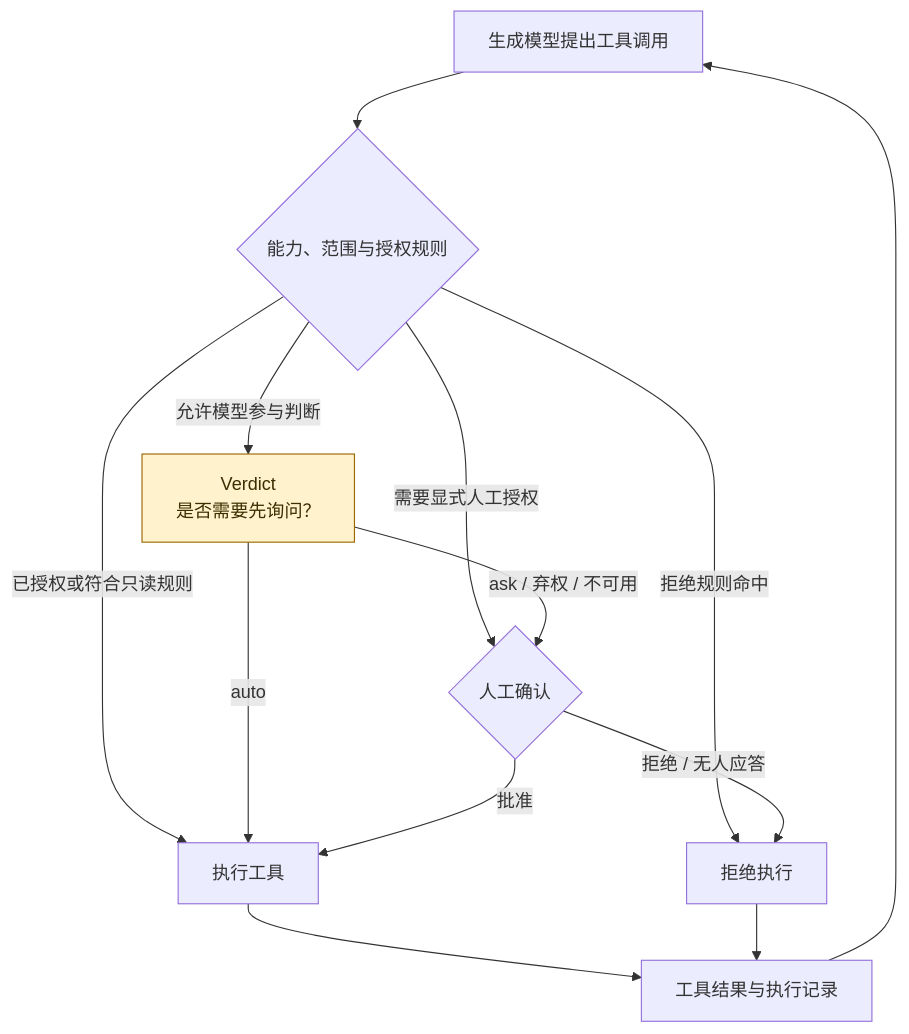
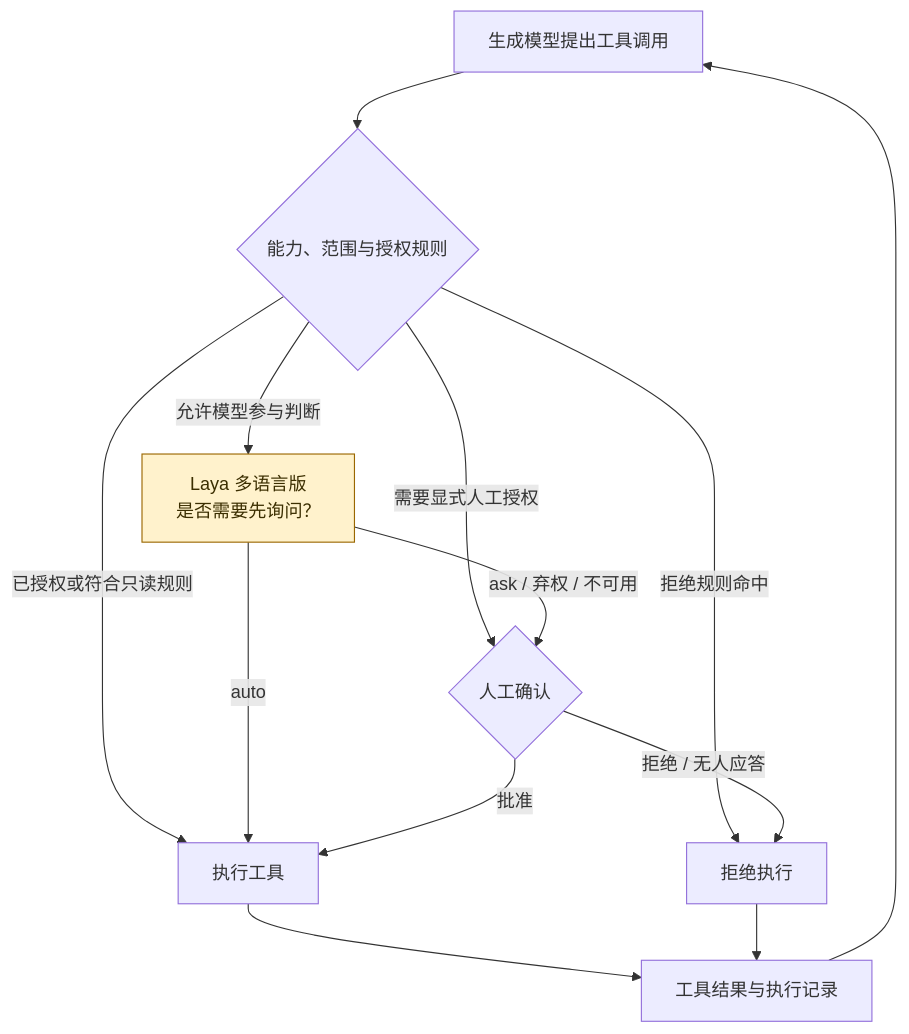
The fifth of 7 diagrams in README.md (sjxbbdb/YunXi-Bot), drawn with Mermaid before and after one commit. The commit also changed other lines of this file and 185 other files, not shown here.

````diff
--- a/README.md
+++ b/README.md
@@ -235,17 +273,17 @@
 ```mermaid
 flowchart TB
     MODEL[生成模型提出工具调用] --> RULE{能力、范围与授权规则}
     RULE -->|拒绝规则命中| DENY[拒绝执行]
     RULE -->|已授权或符合只读规则| EXEC[执行工具]
     RULE -->|需要显式人工授权| HUMAN{人工确认}
-    RULE -->|允许模型参与判断| V[Verdict<br/>是否需要先询问？]
+    RULE -->|允许模型参与判断| V[Laya 多语言版<br/>是否需要先询问？]
     V -->|auto| EXEC
     V -->|ask / 弃权 / 不可用| HUMAN
     HUMAN -->|批准| EXEC
     HUMAN -->|拒绝 / 无人应答| DENY
     EXEC --> RESULT[工具结果与执行记录]
     DENY --> RESULT
     RESULT --> MODEL
     classDef decision fill:#fff2cc,stroke:#9a6700,color:#3b2e00;
     class V decision;
 ```
````
